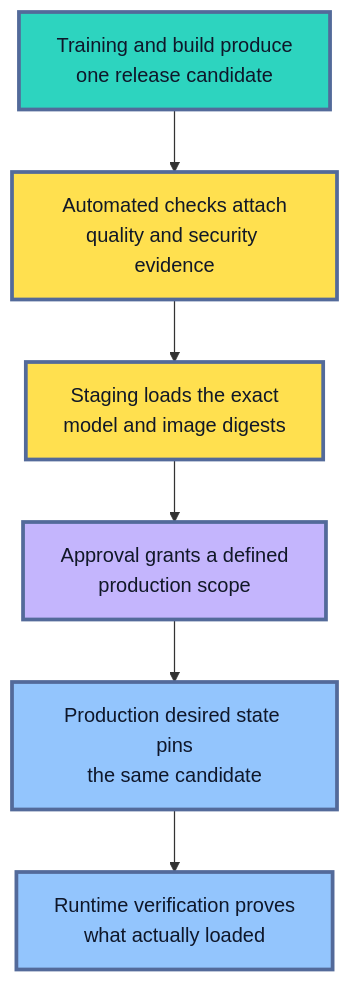
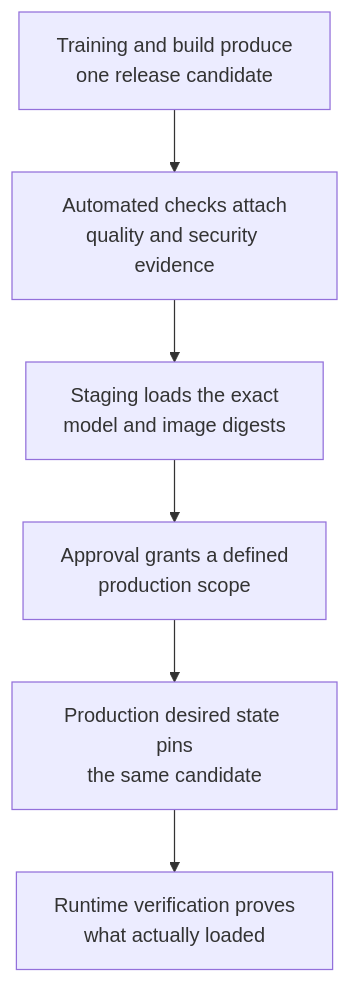
Before and after one commit to senlinyy/dev-roadmaps: the first of 7 diagrams in roadmaps/mlops/modules/deployment-and-release-management/model-release-basics/03-artifact-promotion.md, drawn with Mermaid. The commit also changed other lines of this file and 152 other files, not shown here.

Commit message:
feat: mlops and diagrams updated

````diff
--- a/roadmaps/mlops/modules/deployment-and-release-management/model-release-basics/03-artifact-promotion.md
+++ b/roadmaps/mlops/modules/deployment-and-release-management/model-release-basics/03-artifact-promotion.md
@@ -40,17 +40,13 @@
 ```mermaid
 flowchart TD
     A["Training and build produce<br/>one release candidate"] --> B["Automated checks attach<br/>quality and security evidence"]
     B --> C["Staging loads the exact<br/>model and image digests"]
     C --> D["Approval grants a defined<br/>production scope"]
     D --> E["Production desired state pins<br/>the same candidate"]
     E --> F["Runtime verification proves<br/>what actually loaded"]
 
-    classDef create fill:#2DD4BF,stroke:#536A9A,stroke-width:3px,color:#0F172A
-    classDef prove fill:#FFE04F,stroke:#536A9A,stroke-width:3px,color:#111827
-    classDef authorize fill:#C4B5FD,stroke:#536A9A,stroke-width:3px,color:#111827
-    classDef operate fill:#93C5FD,stroke:#536A9A,stroke-width:3px,color:#0F172A
     class A create
     class B,C prove
     class D authorize
     class E,F operate
 ```
````
